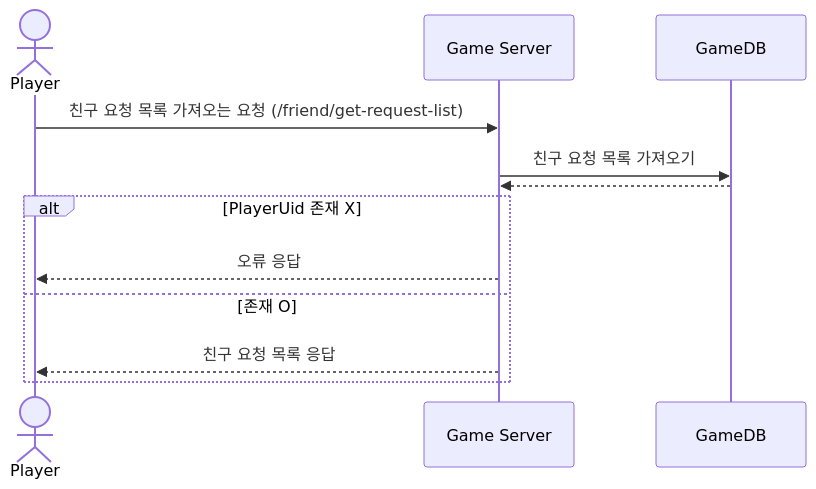
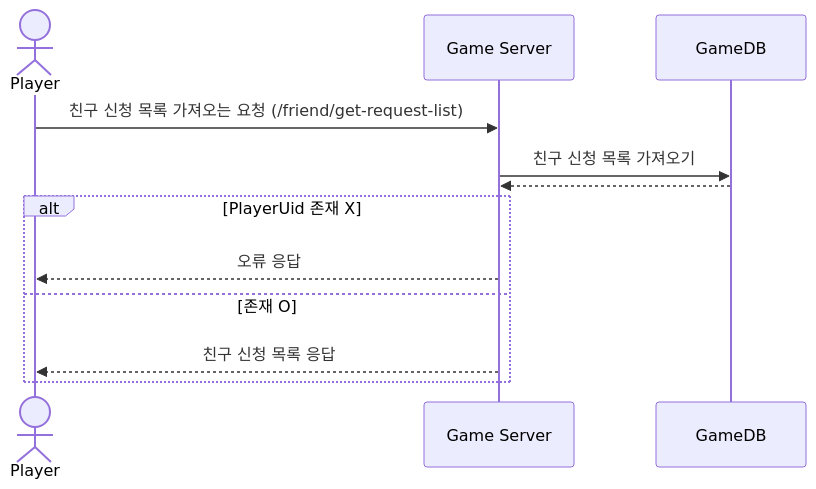
The second of 4 diagrams in SequenceDiagram/Friend.md (yujinS0/Omok-Game), drawn with Mermaid before and after one commit. The commit also changed other lines of this file, not shown here.

````diff
--- a/SequenceDiagram/Friend.md
+++ b/SequenceDiagram/Friend.md
@@ -34,16 +34,16 @@
 ```mermaid
 sequenceDiagram
 	actor Player
 	participant Game Server
   participant GameDB
 
-	Player ->> Game Server : 친구 요청 목록 가져오는 요청 (/friend/get-request-list)
-	Game Server ->> GameDB : 친구 요청 목록 가져오기
+	Player ->> Game Server : 친구 신청 목록 가져오는 요청 (/friend/get-request-list)
+	Game Server ->> GameDB : 친구 신청 목록 가져오기
 	GameDB -->> Game Server : 
 	alt PlayerUid 존재 X
 		Game Server -->> Player : 오류 응답
 	else 존재 O
-		Game Server -->> Player : 친구 요청 목록 응답
+		Game Server -->> Player : 친구 신청 목록 응답
 	end
 
 ```
````
